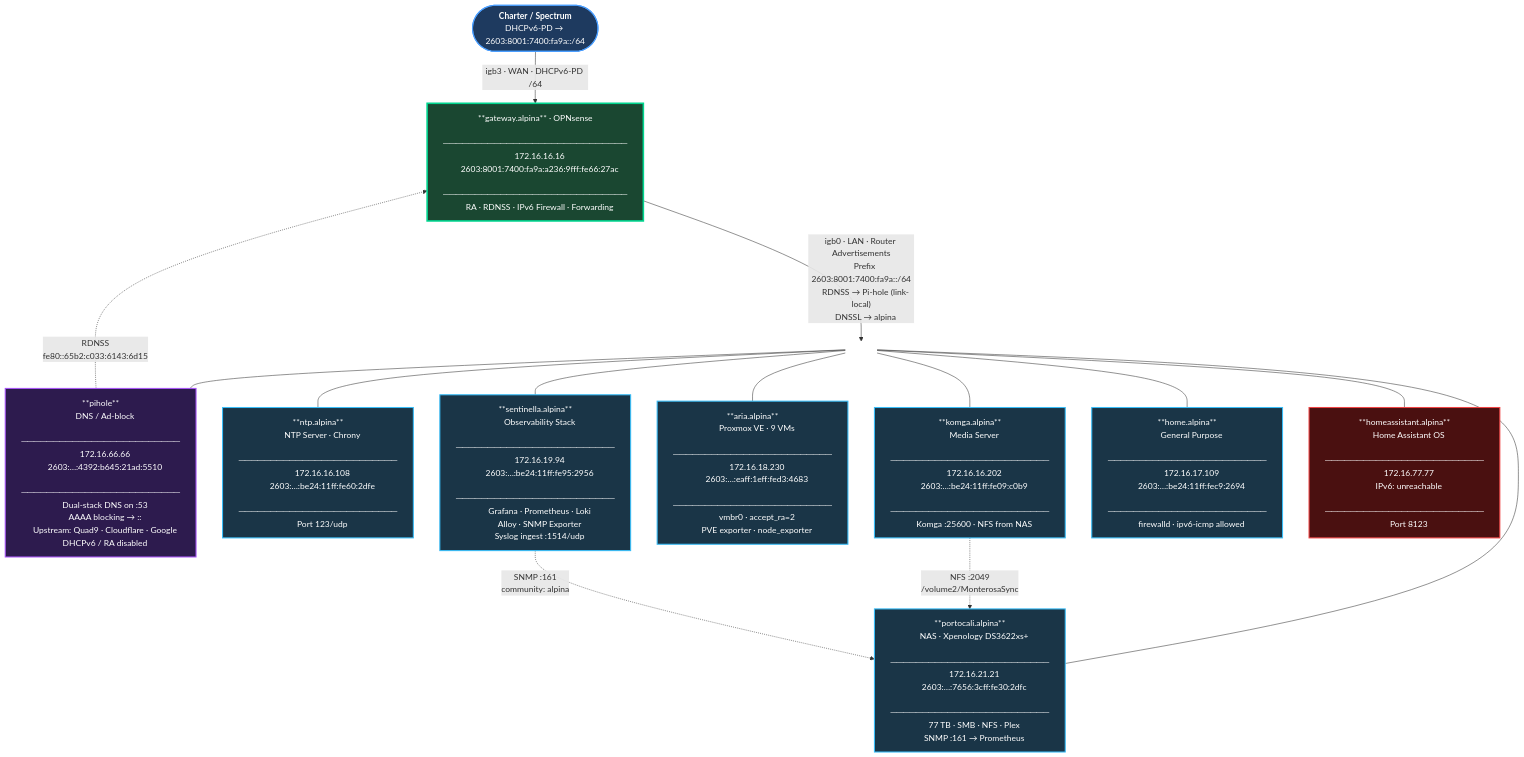
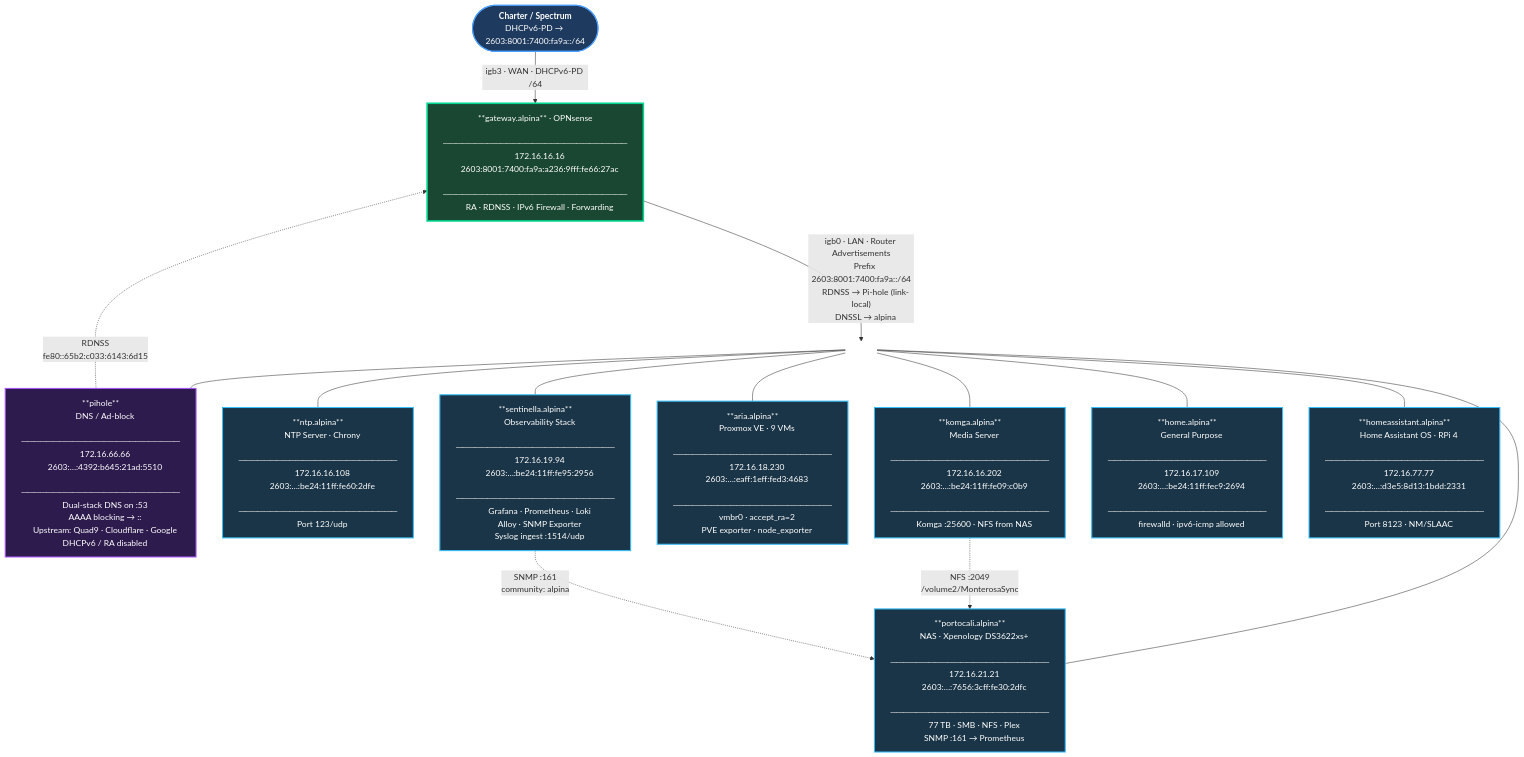
One commit to ParkWardRR/server.alpina-cleanup changed the first of 5 diagrams in docs/network-diagram.md. Above: the diagram before and after it, drawn with Mermaid. The commit also changed other lines of this file and 4 other files, not shown here.

First line of the commit message:
Update all docs: HAOS IPv6 confirmed working (9/9 dual-stack)

````diff
--- a/docs/network-diagram.md
+++ b/docs/network-diagram.md
@@ -97,12 +97,12 @@
     SNMP :161 → Prometheus"]
 
     HAOS["**homeassistant.alpina**
-    Home Assistant OS
+    Home Assistant OS · RPi 4
     ─────────────────────────
     172.16.77.77
-    IPv6: unreachable
+    2603:…:d3e5:8d13:1bdd:2331
     ─────────────────────────
-    Port 8123"]
+    Port 8123 · NM/SLAAC"]
 
     KOMGA -. "NFS :2049
     /volume2/MonterosaSync" .-> NAS
@@ -123,5 +123,5 @@
     style KOMGA fill:#1a3547,stroke:#38bdf8,color:#fff,stroke-width:2px
     style HOME fill:#1a3547,stroke:#38bdf8,color:#fff,stroke-width:2px
     style NAS fill:#1a3547,stroke:#38bdf8,color:#fff,stroke-width:2px
-    style HAOS fill:#4a1010,stroke:#ef4444,color:#fff,stroke-width:2px
+    style HAOS fill:#1a3547,stroke:#38bdf8,color:#fff,stroke-width:2px
 ```
````
